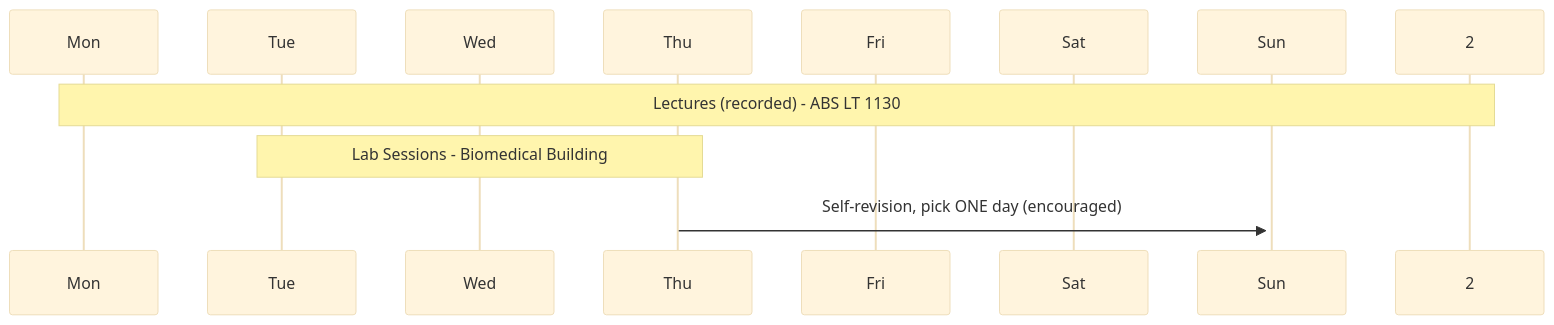
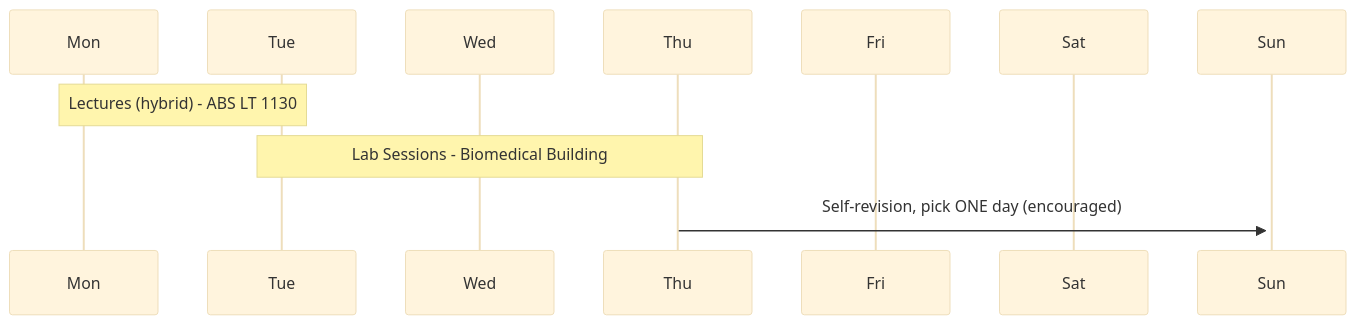
Before and after one commit to ENVX-resources/ENVX1002-lectures: the diagram in lectures/L01/lecture-01a.qmd, drawn with Mermaid (base theme). The commit also changed other lines of this file and 6 other files, not shown here.

Commit message:
Update L01: mark lectures as hybrid, update lab address, add campus bus section & QR code, revise schedule and assessment titles/weights and add final-exam hurdle; regenerate frozen outputs and update .DS_Store files

````diff
--- a/lectures/L01/lecture-01a.qmd
+++ b/lectures/L01/lecture-01a.qmd
@@ -102,15 +102,15 @@
 ```{mermaid}
 sequenceDiagram
   participant M as Mon
   participant T as Tue
   participant W as Wed
   participant Th as Thu
   participant F as Fri
   participant S as Sat
   participant Su as Sun
 
-  Note over M,2: Lectures (recorded) - ABS LT 1130
+  Note over M,T: Lectures (hybrid) - ABS LT 1130
   Note over T,Th: Lab Sessions - Biomedical Building
   Th->>+Su: Self-revision, pick ONE day (encouraged)
 
 ```
````
